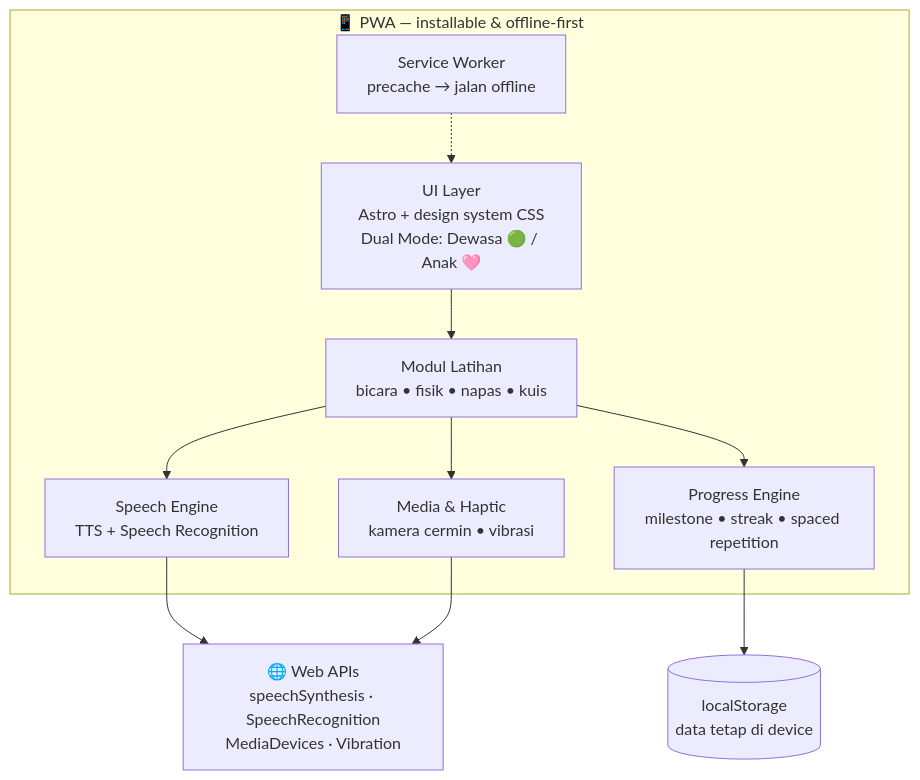
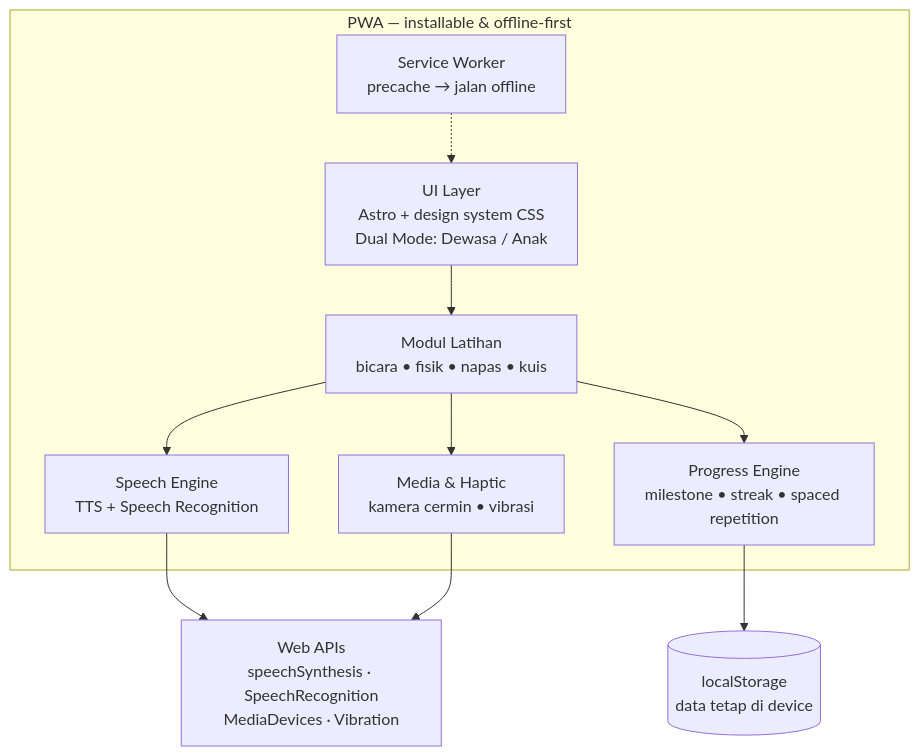
One commit to kandarlubis31/pulihbicara-showcase changed the diagram in README.md. Above: the diagram before and after it, drawn with Mermaid. The commit also changed other lines of this file, not shown here.

````diff
--- a/README.md
+++ b/README.md
@@ -78,19 +78,19 @@
 ```mermaid
 flowchart TB
-    subgraph PWA["📱 PWA — installable & offline-first"]
-        UI["UI Layer<br/>Astro + design system CSS<br/>Dual Mode: Dewasa 🟢 / Anak 🩷"]
+    subgraph PWA[" PWA — installable & offline-first"]
+        UI["UI Layer<br/>Astro + design system CSS<br/>Dual Mode: Dewasa / Anak "]
         EX["Modul Latihan<br/>bicara • fisik • napas • kuis"]
         SP["Speech Engine<br/>TTS + Speech Recognition"]
         PR["Progress Engine<br/>milestone • streak • spaced repetition"]
         CAM["Media & Haptic<br/>kamera cermin • vibrasi"]
         SW["Service Worker<br/>precache → jalan offline"]
     end
     UI --> EX
     EX --> SP
     EX --> PR
     EX --> CAM
     PR --> LS[("localStorage<br/>data tetap di device")]
-    SP --> API["🌐 Web APIs<br/>speechSynthesis · SpeechRecognition<br/>MediaDevices · Vibration"]
+    SP --> API[" Web APIs<br/>speechSynthesis · SpeechRecognition<br/>MediaDevices · Vibration"]
     CAM --> API
     SW -.-> UI
 ```
````
